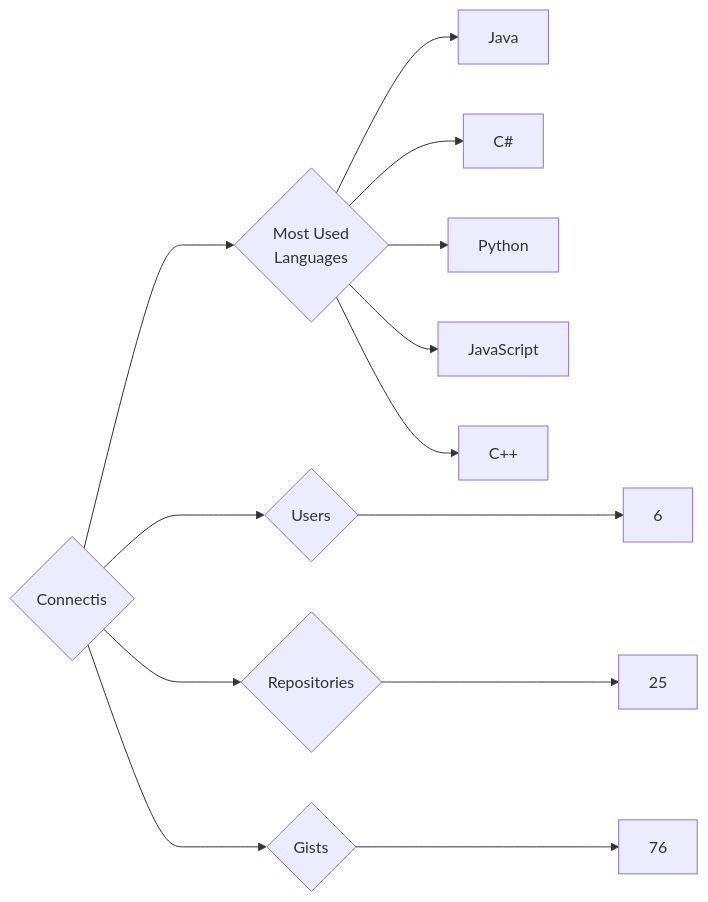
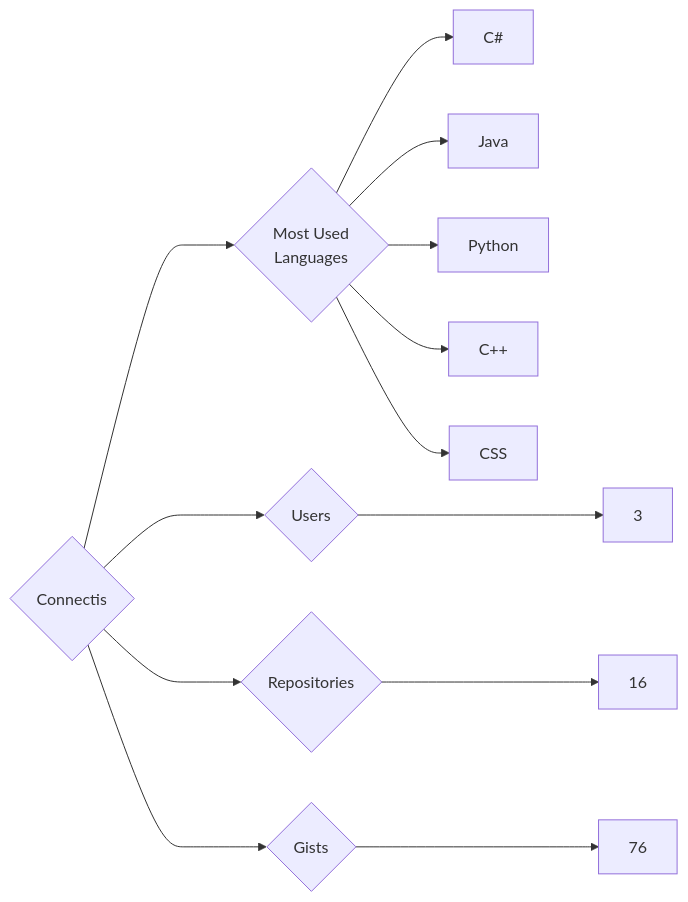
Before and after one commit to trickest/insiders: the diagram in targets/Connectis/README.md, drawn with Mermaid. The commit also changed 1084 other files, not shown here.

````diff
--- a/targets/Connectis/README.md
+++ b/targets/Connectis/README.md
@@ -3,13 +3,13 @@
 ```mermaid
 graph LR
 COMPANY_NAME{Connectis}
-COMPANY_NAME ---> U{Users} ---> UN[6]
-COMPANY_NAME ---> R{Repositories} ---> RN[25]
+COMPANY_NAME ---> U{Users} ---> UN[3]
+COMPANY_NAME ---> R{Repositories} ---> RN[16]
 COMPANY_NAME ---> G{Gists} ---> GN[76]
 COMPANY_NAME ---> ML{Most Used<br>Languages}
+ML --> C#[C#]
 ML --> Java[Java]
-ML --> C#[C#]
 ML --> Python[Python]
-ML --> JavaScript[JavaScript]
 ML --> C++[C++]
+ML --> CSS[CSS]
 ```
````
